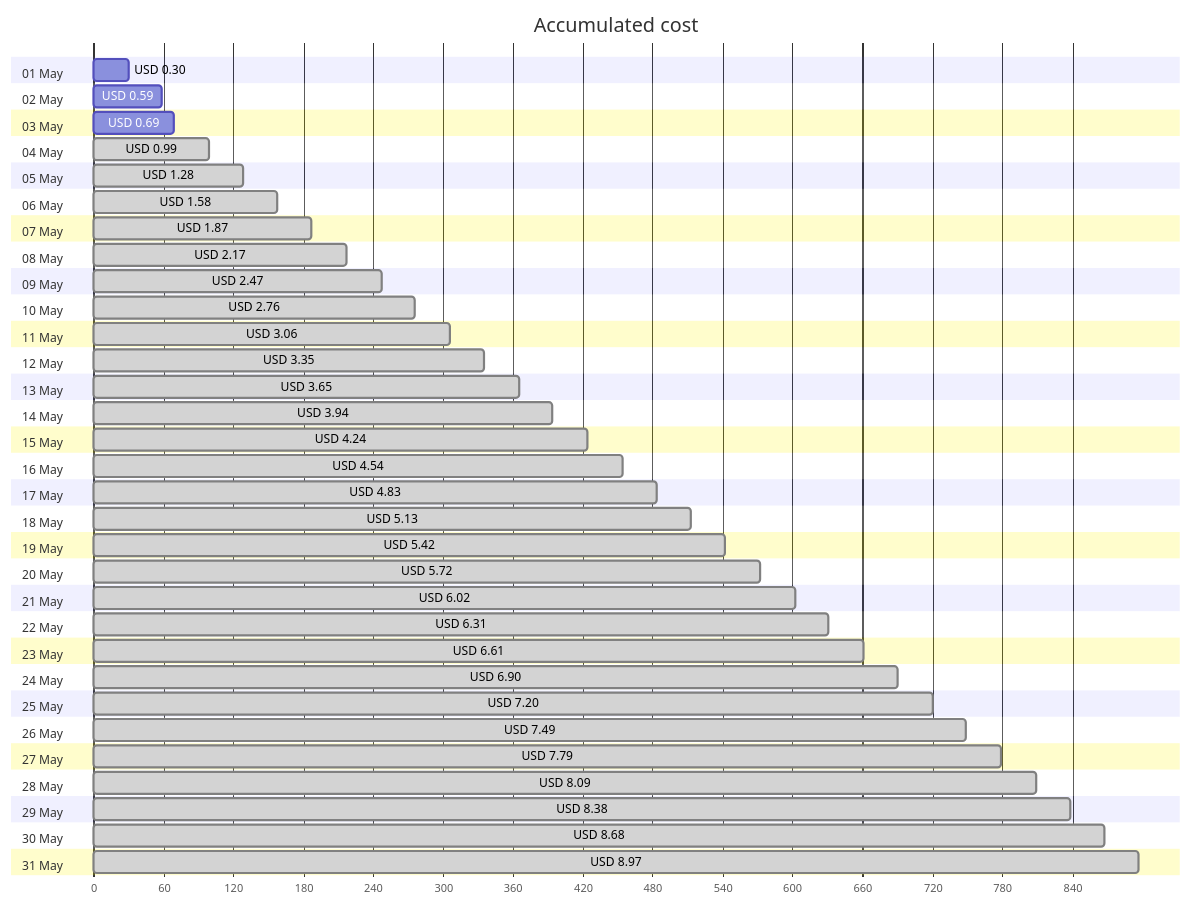
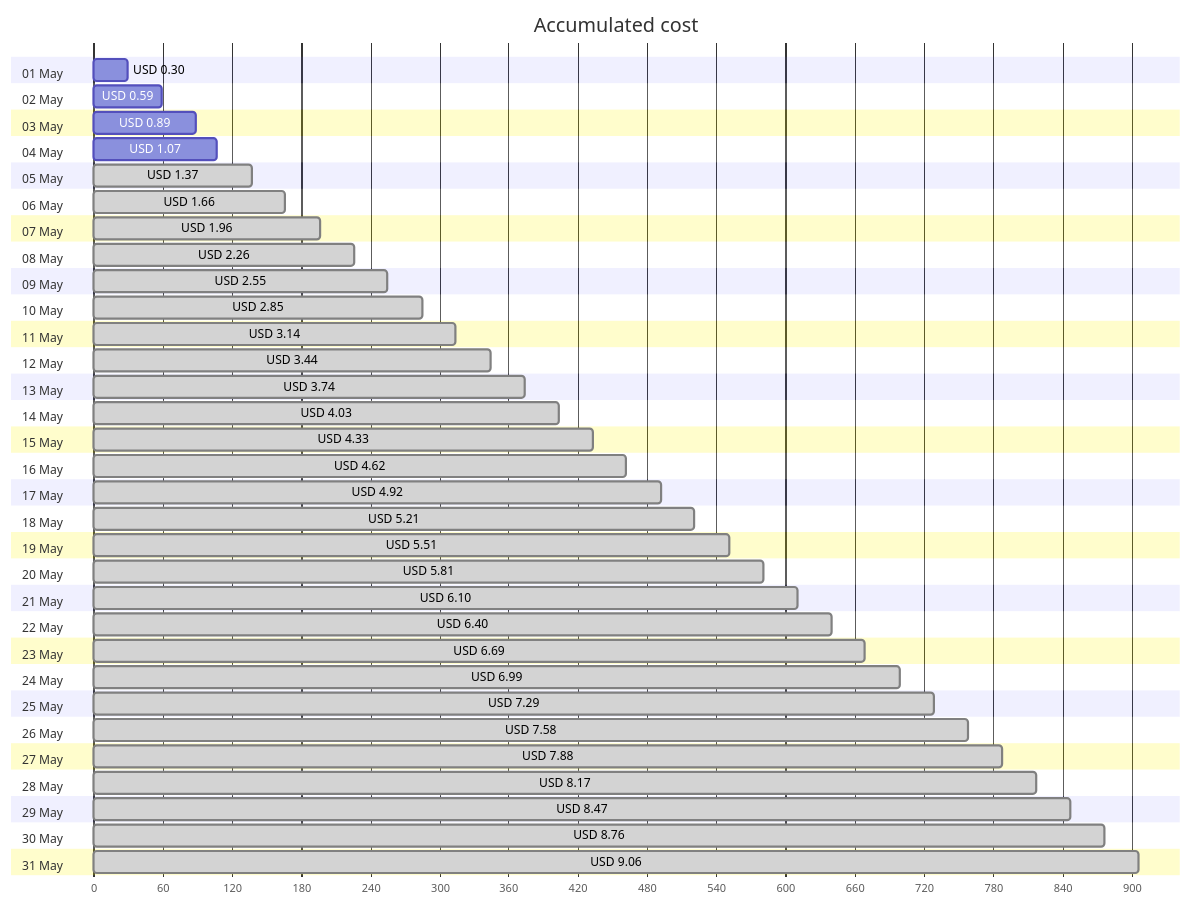
Before and after one commit to jpfulton/azure-personal-reports: the first of 4 diagrams in cost-reports/personal-site/personal-site-preview.md, drawn with Mermaid. The commit also changed other lines of this file and 6 other files, not shown here.

````diff
--- a/cost-reports/personal-site/personal-site-preview.md
+++ b/cost-reports/personal-site/personal-site-preview.md
@@ -20,68 +20,68 @@
 ```mermaid
 gantt
    title Accumulated cost
    dateFormat  X
    axisFormat %s
    section 01 May
    USD 0.30 :0, 30
    section 02 May
    USD 0.59 :0, 59
    section 03 May
-   USD 0.69 :0, 69
+   USD 0.89 :0, 89
    section 04 May
-   USD 0.99 : done, 0, 99
+   USD 1.07 :0, 107
    section 05 May
-   USD 1.28 : done, 0, 128
+   USD 1.37 : done, 0, 137
    section 06 May
-   USD 1.58 : done, 0, 158
+   USD 1.66 : done, 0, 166
    section 07 May
-   USD 1.87 : done, 0, 187
+   USD 1.96 : done, 0, 196
    section 08 May
-   USD 2.17 : done, 0, 217
+   USD 2.26 : done, 0, 226
    section 09 May
-   USD 2.47 : done, 0, 247
+   USD 2.55 : done, 0, 255
    section 10 May
-   USD 2.76 : done, 0, 276
+   USD 2.85 : done, 0, 285
    section 11 May
-   USD 3.06 : done, 0, 306
+   USD 3.14 : done, 0, 314
    section 12 May
-   USD 3.35 : done, 0, 335
+   USD 3.44 : done, 0, 344
    section 13 May
-   USD 3.65 : done, 0, 365
+   USD 3.74 : done, 0, 374
    section 14 May
-   USD 3.94 : done, 0, 394
+   USD 4.03 : done, 0, 403
    section 15 May
-   USD 4.24 : done, 0, 424
+   USD 4.33 : done, 0, 433
    section 16 May
-   USD 4.54 : done, 0, 454
+   USD 4.62 : done, 0, 462
    section 17 May
-   USD 4.83 : done, 0, 483
+   USD 4.92 : done, 0, 492
    section 18 May
-   USD 5.13 : done, 0, 513
+   USD 5.21 : done, 0, 521
    section 19 May
-   USD 5.42 : done, 0, 542
+   USD 5.51 : done, 0, 551
    section 20 May
-   USD 5.72 : done, 0, 572
+   USD 5.81 : done, 0, 581
    section 21 May
-   USD 6.02 : done, 0, 602
+   USD 6.10 : done, 0, 610
    section 22 May
-   USD 6.31 : done, 0, 631
+   USD 6.40 : done, 0, 640
    section 23 May
-   USD 6.61 : done, 0, 661
+   USD 6.69 : done, 0, 669
    section 24 May
-   USD 6.90 : done, 0, 690
+   USD 6.99 : done, 0, 699
    section 25 May
-   USD 7.20 : done, 0, 720
+   USD 7.29 : done, 0, 729
    section 26 May
-   USD 7.49 : done, 0, 749
+   USD 7.58 : done, 0, 758
    section 27 May
-   USD 7.79 : done, 0, 779
+   USD 7.88 : done, 0, 788
    section 28 May
-   USD 8.09 : done, 0, 809
+   USD 8.17 : done, 0, 817
    section 29 May
-   USD 8.38 : done, 0, 838
+   USD 8.47 : done, 0, 847
    section 30 May
-   USD 8.68 : done, 0, 868
+   USD 8.76 : done, 0, 876
    section 31 May
-   USD 8.97 : done, 0, 897
+   USD 9.06 : done, 0, 906
 ```
````
